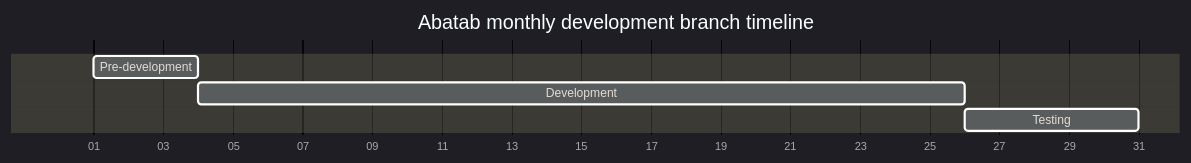
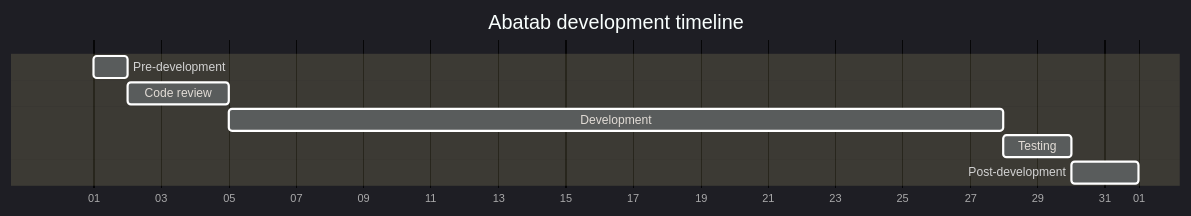
One commit to spectrum-health-systems/Abatab changed the first of 3 diagrams in README_development.md. Above: the diagram before and after it, drawn with Mermaid. The commit also changed other lines of this file, not shown here.

````diff
--- a/README_development.md
+++ b/README_development.md
@@ -72,10 +54,12 @@
 ```mermaid
 %%{init: {'theme':'dark'}}%%
 gantt
-  title Abatab monthly development branch timeline
+  title Abatab development timeline
   dateFormat X
   axisFormat %d
-  Pre-development : 0, 3d
-  Development : 22d
-  Testing : 5d
+  Pre-development : 0, 1d
+  Code review : 3d
+  Development : 23d
+  Testing : 2d
+  Post-development : 2d
 ```
````
